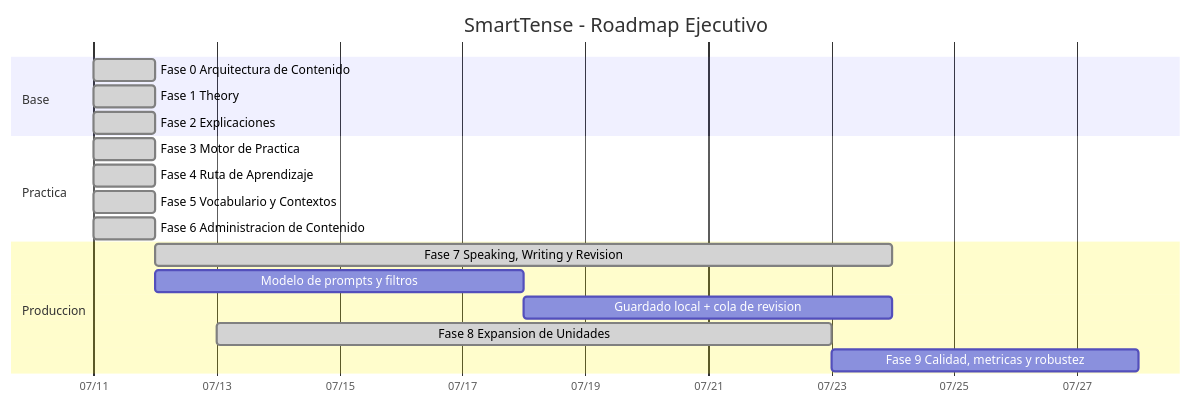
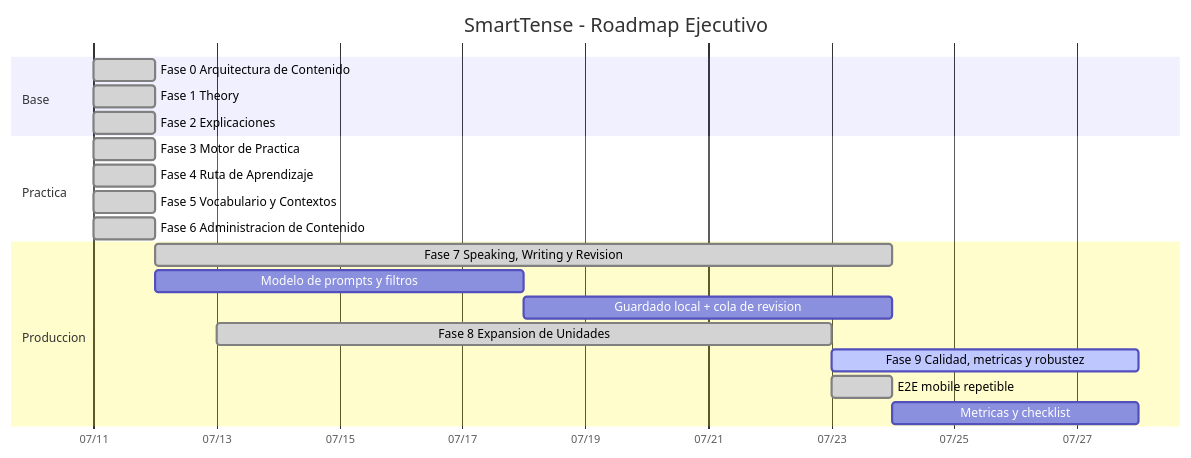
Before and after one commit to dafermen/SmartTense: the diagram in docs/DEVELOPMENT_PHASE_EXECUTION_PLAN.md, drawn with Mermaid. The commit also changed other lines of this file and 10 other files, not shown here.

````diff
--- a/docs/DEVELOPMENT_PHASE_EXECUTION_PLAN.md
+++ b/docs/DEVELOPMENT_PHASE_EXECUTION_PLAN.md
@@ -160,24 +177,26 @@
 ```mermaid
 gantt
     title SmartTense - Roadmap Ejecutivo
     dateFormat  YYYY-MM-DD
     axisFormat  %m/%d
 
     section Base
     Fase 0 Arquitectura de Contenido           :done, done0, 2026-07-11, 1d
     Fase 1 Theory                              :done, done1, 2026-07-11, 1d
     Fase 2 Explicaciones                       :done, done2, 2026-07-11, 1d
 
     section Practica
     Fase 3 Motor de Practica                    :done, done3, 2026-07-11, 1d
     Fase 4 Ruta de Aprendizaje                  :done, done4, 2026-07-11, 1d
     Fase 5 Vocabulario y Contextos              :done, done5, 2026-07-11, 1d
     Fase 6 Administracion de Contenido          :done, done6, 2026-07-11, 1d
 
     section Produccion
     Fase 7 Speaking, Writing y Revision         :done, p7, 2026-07-12, 12d
     Modelo de prompts y filtros                   :p7a, 2026-07-12, 6d
     Guardado local + cola de revision             :p7b, after p7a, 6d
     Fase 8 Expansion de Unidades                 :done, p8, 2026-07-13, 10d
-    Fase 9 Calidad, metricas y robustez          :p9, after p8, 5d
+    Fase 9 Calidad, metricas y robustez          :active, p9, after p8, 5d
+    E2E mobile repetible                          :done, p9a, after p8, 1d
+    Metricas y checklist                          :p9b, after p9a, 4d
 ```
````
